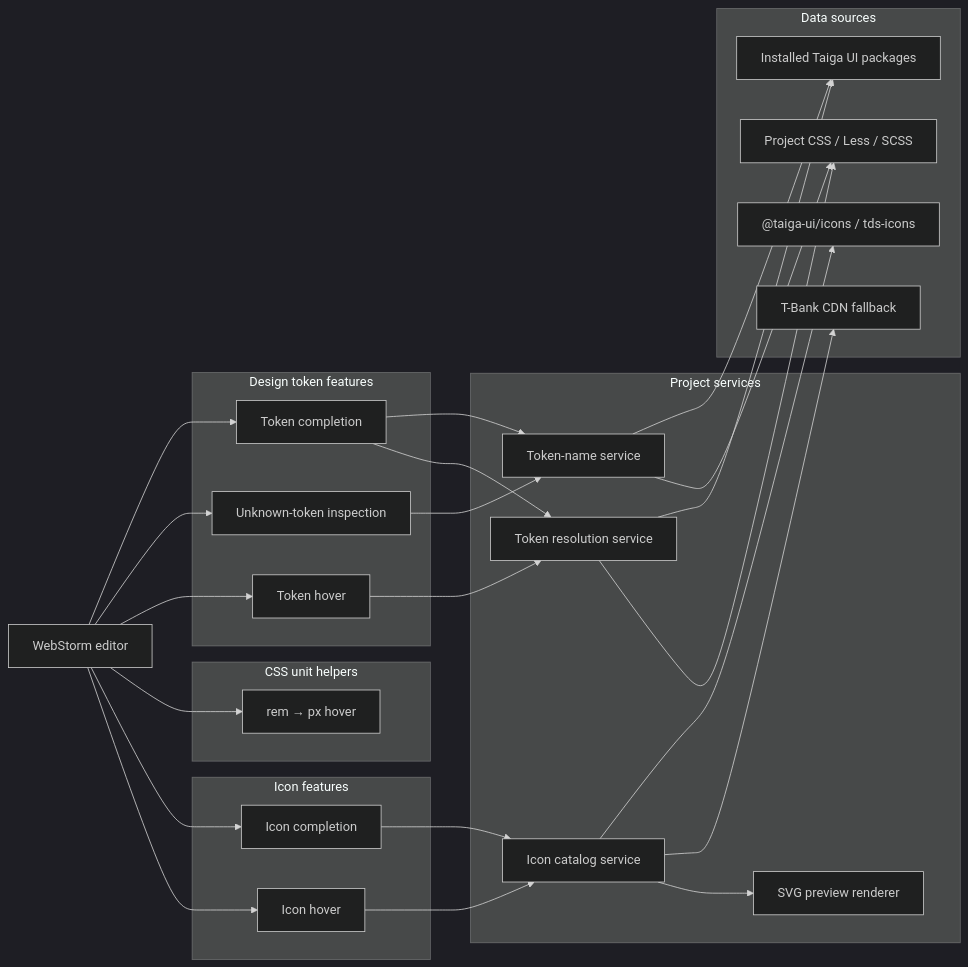
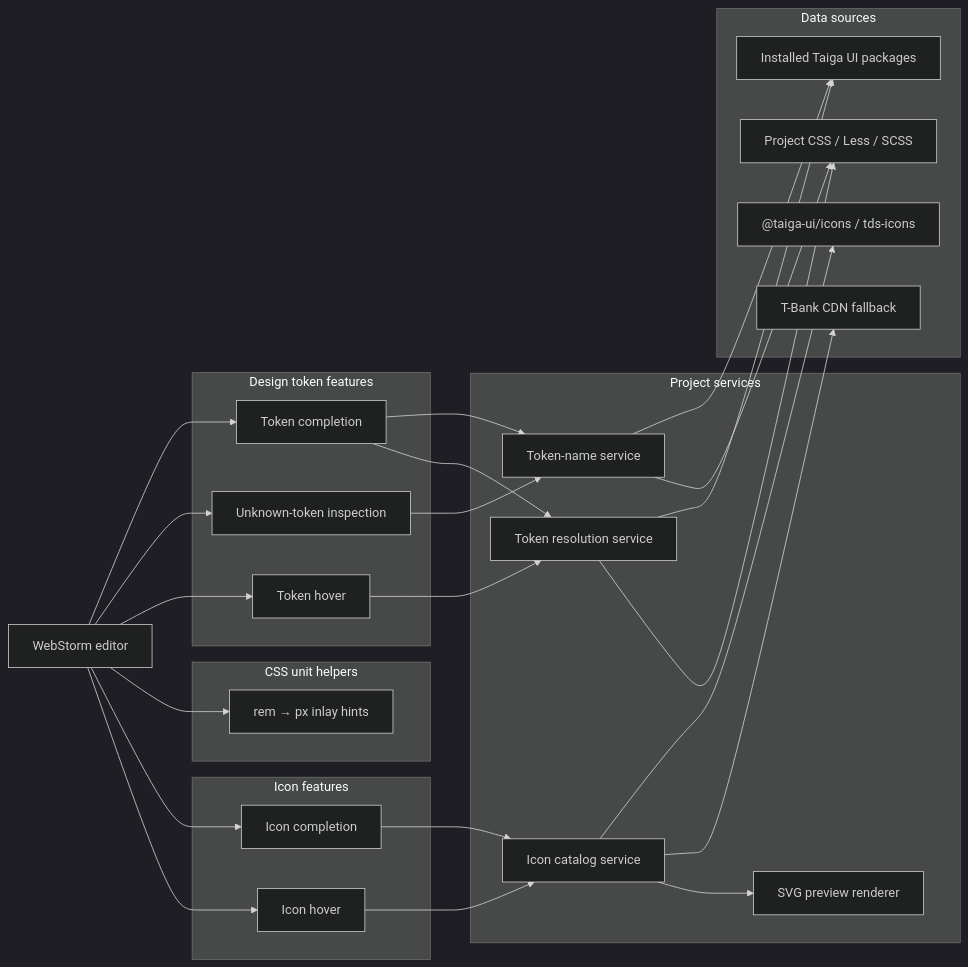
One commit to splincode-taiga-labs/taiga-design-tokens-plugin changed the first of 4 diagrams in docs/ARCHITECTURE.md. Above: the diagram before and after it, drawn with Mermaid (dark theme). The commit also changed other lines of this file, not shown here.

Commit message:
docs: document rem inlay architecture

````diff
--- a/docs/ARCHITECTURE.md
+++ b/docs/ARCHITECTURE.md
@@ -11,56 +11,56 @@
 ```mermaid
 flowchart LR
     Editor["WebStorm editor"]
 
     subgraph TokenFeatures["Design token features"]
         TokenCompletion["Token completion"]
         TokenInspection["Unknown-token inspection"]
         TokenHover["Token hover"]
     end
 
     subgraph UnitFeatures["CSS unit helpers"]
-        RemHover["rem → px hover"]
+        RemInlay["rem → px inlay hints"]
     end
 
     subgraph IconFeatures["Icon features"]
         IconCompletion["Icon completion"]
         IconHover["Icon hover"]
     end
 
     subgraph Services["Project services"]
         TokenNames["Token-name service"]
         TokenResolution["Token resolution service"]
         IconCatalog["Icon catalog service"]
         IconRenderer["SVG preview renderer"]
     end
 
     subgraph Sources["Data sources"]
         Packages["Installed Taiga UI packages"]
         ProjectStyles["Project CSS / Less / SCSS"]
         LocalIcons["@taiga-ui/icons / tds-icons"]
         IconCdn["T-Bank CDN fallback"]
     end
 
     Editor --> TokenCompletion
     Editor --> TokenInspection
     Editor --> TokenHover
-    Editor --> RemHover
+    Editor --> RemInlay
     Editor --> IconCompletion
     Editor --> IconHover
 
     TokenCompletion --> TokenNames
     TokenInspection --> TokenNames
     TokenCompletion --> TokenResolution
     TokenHover --> TokenResolution
 
     TokenNames --> Packages
     TokenNames --> ProjectStyles
     TokenResolution --> Packages
     TokenResolution --> ProjectStyles
 
     IconCompletion --> IconCatalog
     IconHover --> IconCatalog
     IconCatalog --> LocalIcons
     IconCatalog --> IconCdn
     IconCatalog --> IconRenderer
 ```
````
